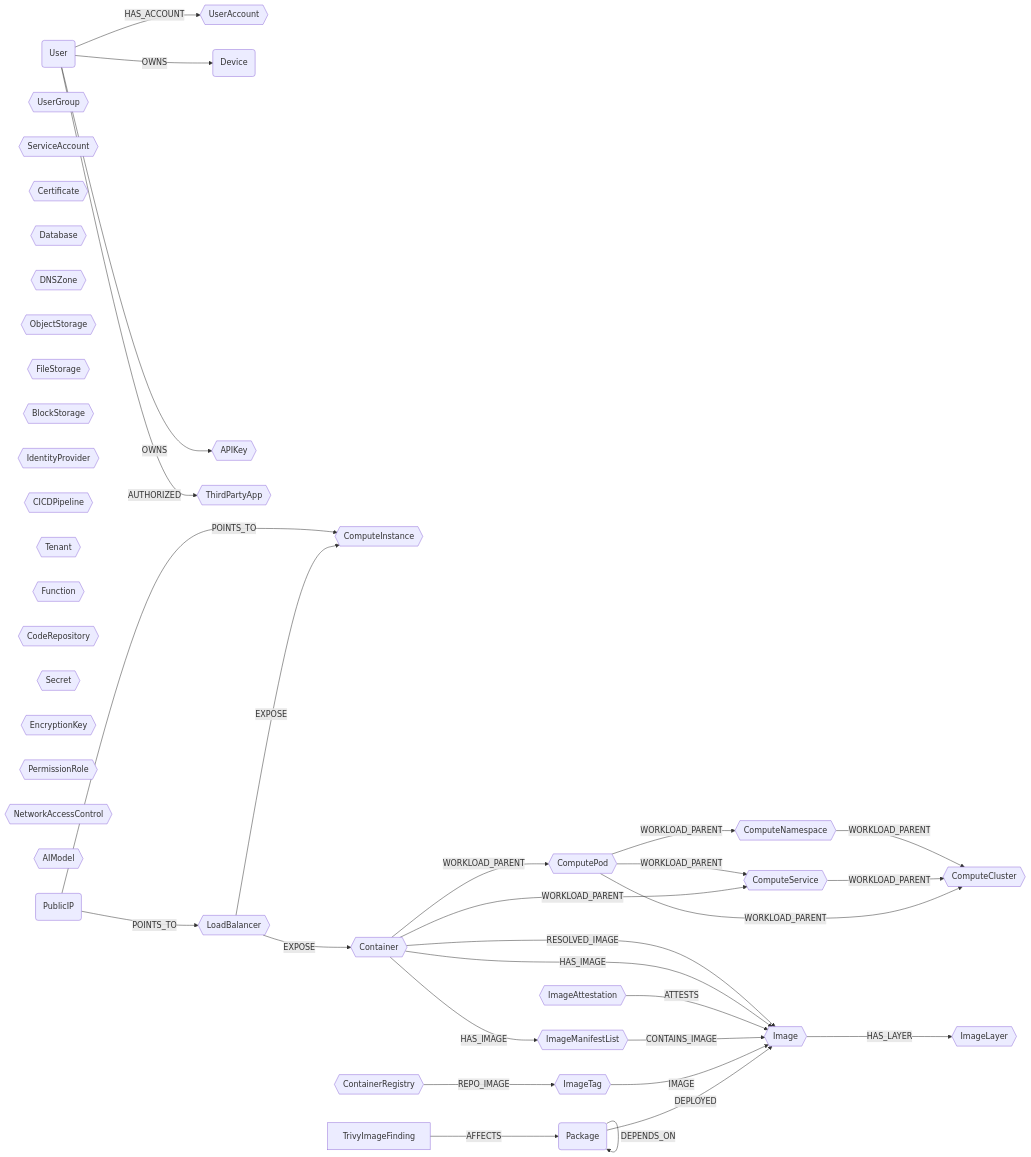
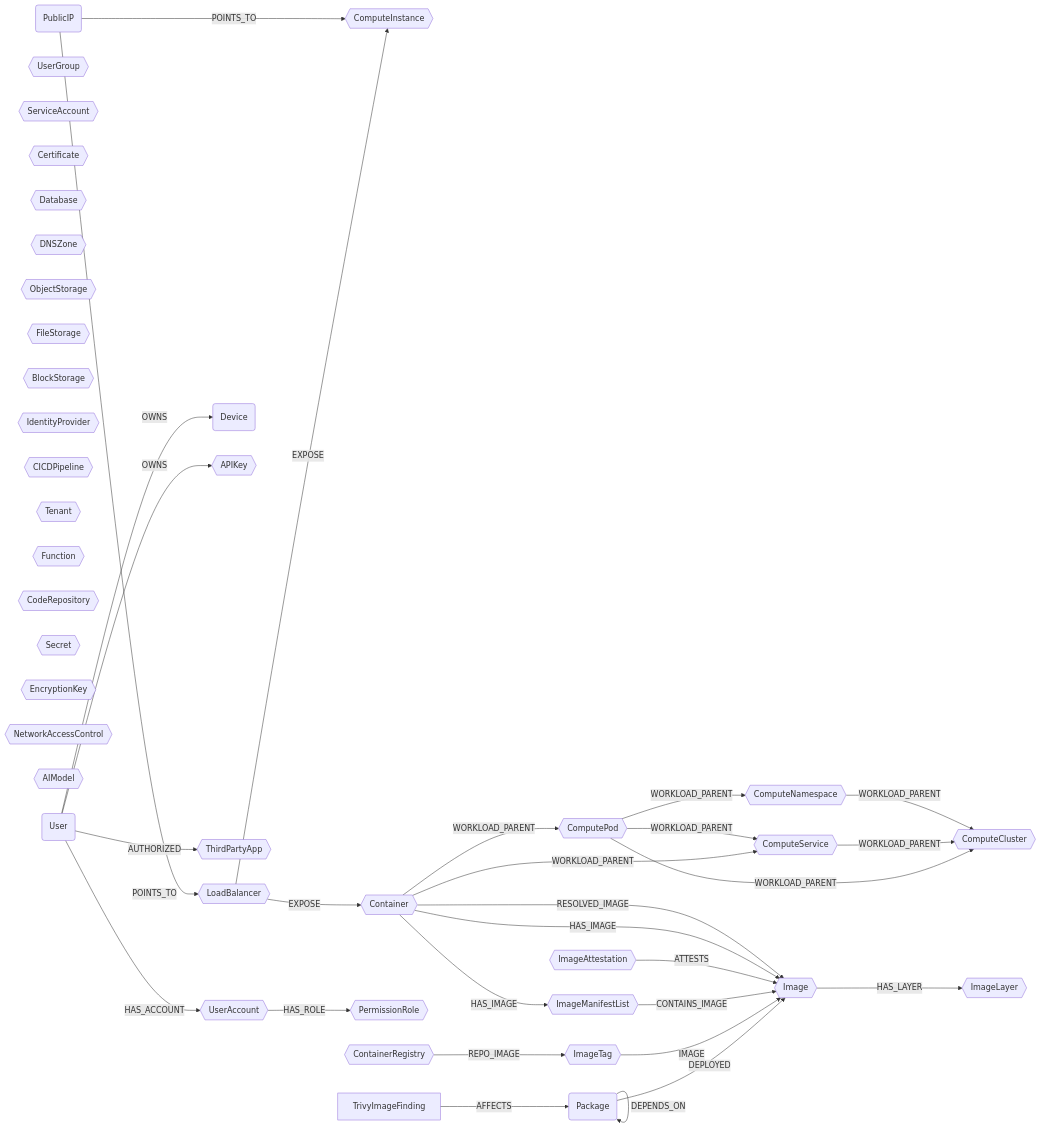
One commit to cartography-cncf/cartography changed the diagram in docs/root/modules/ontology/schema.md. Above: the diagram before and after it, drawn with Mermaid. The commit also changed other lines of this file and 9 other files, not shown here.

First line of the commit message:
feat(ontology): add canonical UserAccount-[HAS_ROLE]->PermissionRole edge

````diff
--- a/docs/root/modules/ontology/schema.md
+++ b/docs/root/modules/ontology/schema.md
@@ -6,52 +6,53 @@
 ```mermaid
 graph LR
 
 U(User) -- HAS_ACCOUNT --> UA{{UserAccount}}
 U -- OWNS --> CC(Device)
 U -- OWNS --> AK{{APIKey}}
 U -- AUTHORIZED --> OA{{ThirdPartyApp}}
 UG{{UserGroup}}
 SA{{ServiceAccount}}
 CERT{{Certificate}}
 LB{{LoadBalancer}} -- EXPOSE --> CI{{ComputeInstance}}
 LB{{LoadBalancer}} -- EXPOSE --> CT{{Container}}
 CL{{ComputeCluster}}
 CS{{ComputeService}}
 CNS{{ComputeNamespace}}
 CP{{ComputePod}}
 CT -- WORKLOAD_PARENT --> CP
 CT -- WORKLOAD_PARENT --> CS
 CP -- WORKLOAD_PARENT --> CS
 CP -- WORKLOAD_PARENT --> CNS
 CP -- WORKLOAD_PARENT --> CL
 CS -- WORKLOAD_PARENT --> CL
 CNS -- WORKLOAD_PARENT --> CL
 DB{{Database}}
 DZ{{DNSZone}}
 OS{{ObjectStorage}}
 FS{{FileStorage}}
 BS{{BlockStorage}}
 IDP{{IdentityProvider}}
 CICD{{CICDPipeline}}
 TN{{Tenant}}
 FN{{Function}}
 REPO{{CodeRepository}}
 SC{{Secret}}
 EK{{EncryptionKey}}
 PR{{PermissionRole}}
+UA -- HAS_ROLE --> PR
 NAC{{NetworkAccessControl}}
 AIM{{AIModel}}
 PIP(PublicIP) -- POINTS_TO --> LB
 PIP -- POINTS_TO --> CI
 PKG(Package) -- DEPLOYED --> IM{{Image}}
 PKG -- DEPENDS_ON --> PKG
 F[TrivyImageFinding] -- AFFECTS --> PKG
 CR{{ContainerRegistry}} -- REPO_IMAGE --> IT{{ImageTag}}
 IT -- IMAGE --> IM
 IML{{ImageManifestList}} -- CONTAINS_IMAGE --> IM
 IA{{ImageAttestation}} -- ATTESTS --> IM
 IM -- HAS_LAYER --> IL{{ImageLayer}}
 CT -- HAS_IMAGE --> IM
 CT -- HAS_IMAGE --> IML
 CT -- RESOLVED_IMAGE --> IM
 ```
````
